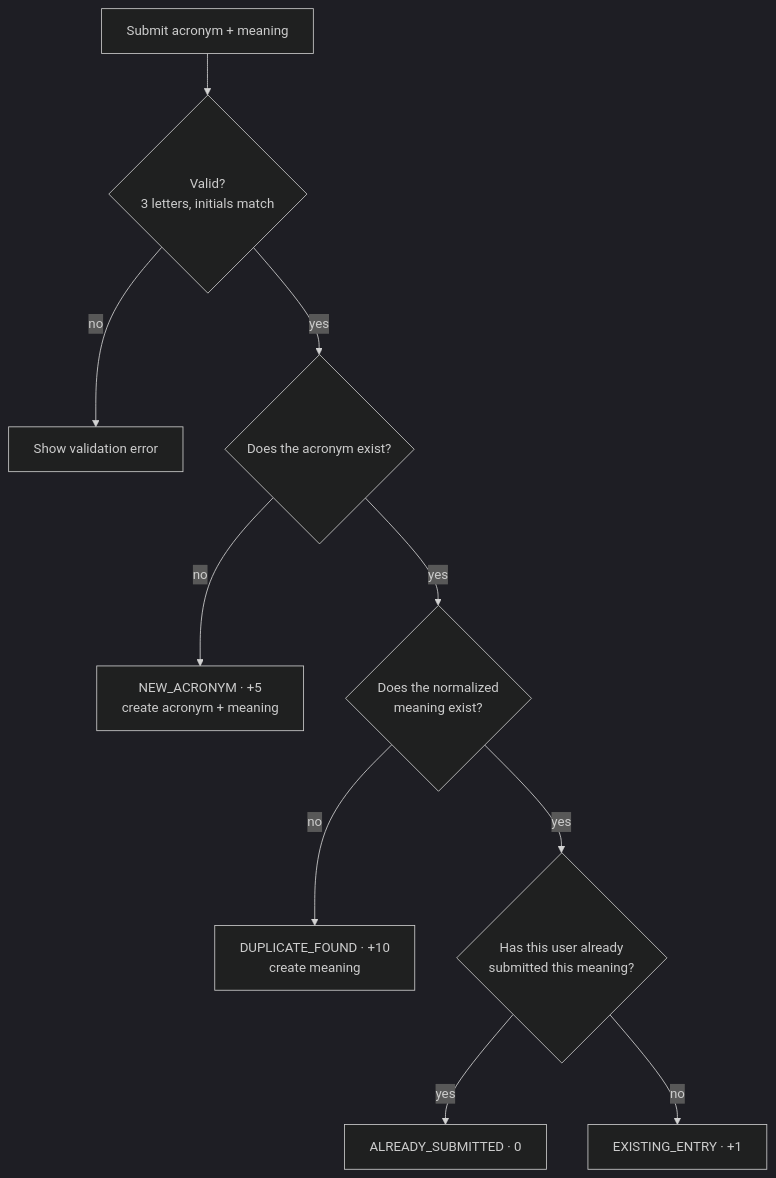
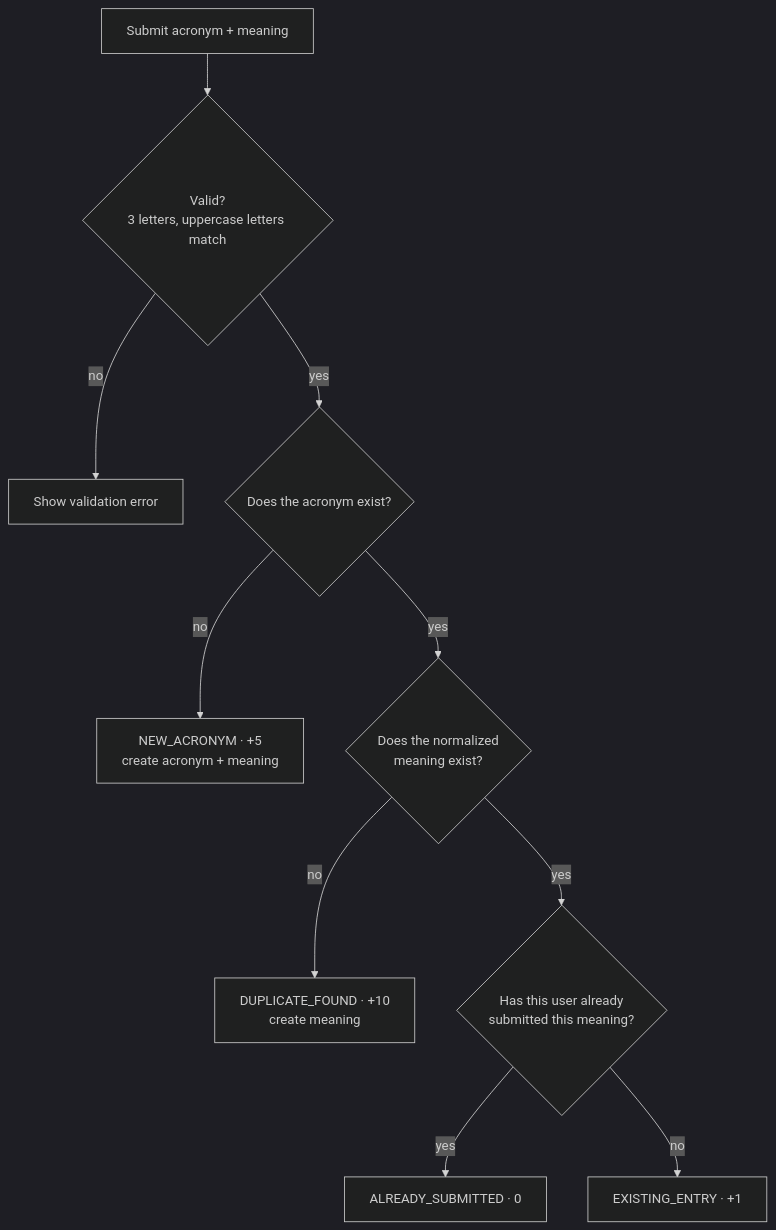
Before and after one commit to FelixGaebler/17576: the second of 3 diagrams in README.md, drawn with Mermaid (dark theme). The commit also changed other lines of this file and 21 other files, not shown here.

````diff
--- a/README.md
+++ b/README.md
@@ -244,12 +248,12 @@
 ```mermaid
 flowchart TD
-    A[Submit acronym + meaning] --> B{Valid?<br/>3 letters, initials match}
+    A[Submit acronym + meaning] --> B{Valid?<br/>3 letters, uppercase letters match}
     B -- no --> X[Show validation error]
     B -- yes --> E{Does the acronym exist?}
     E -- no --> F[NEW_ACRONYM · +5<br/>create acronym + meaning]
     E -- yes --> G{Does the normalized<br/>meaning exist?}
     G -- no --> I[DUPLICATE_FOUND · +10<br/>create meaning]
     G -- yes --> C{Has this user already<br/>submitted this meaning?}
     C -- yes --> D[ALREADY_SUBMITTED · 0]
     C -- no --> H[EXISTING_ENTRY · +1]
 ```
````
